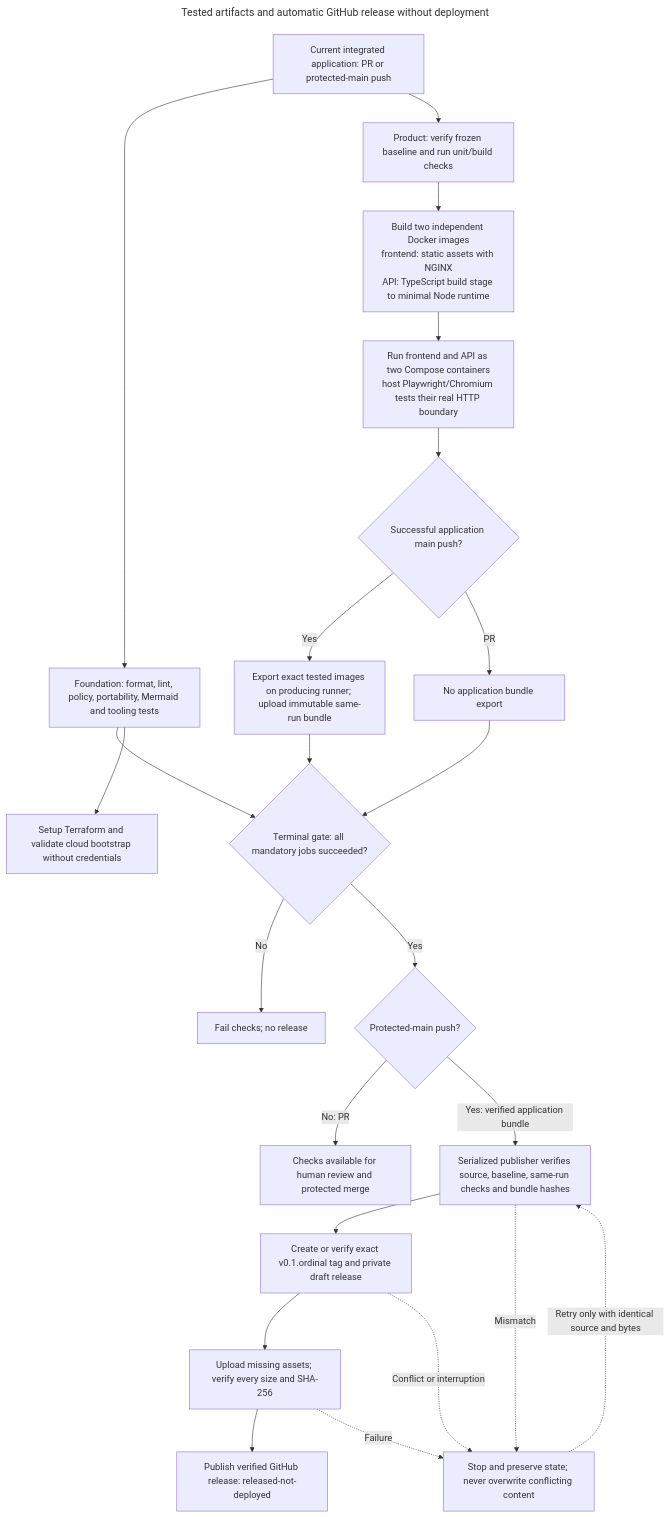
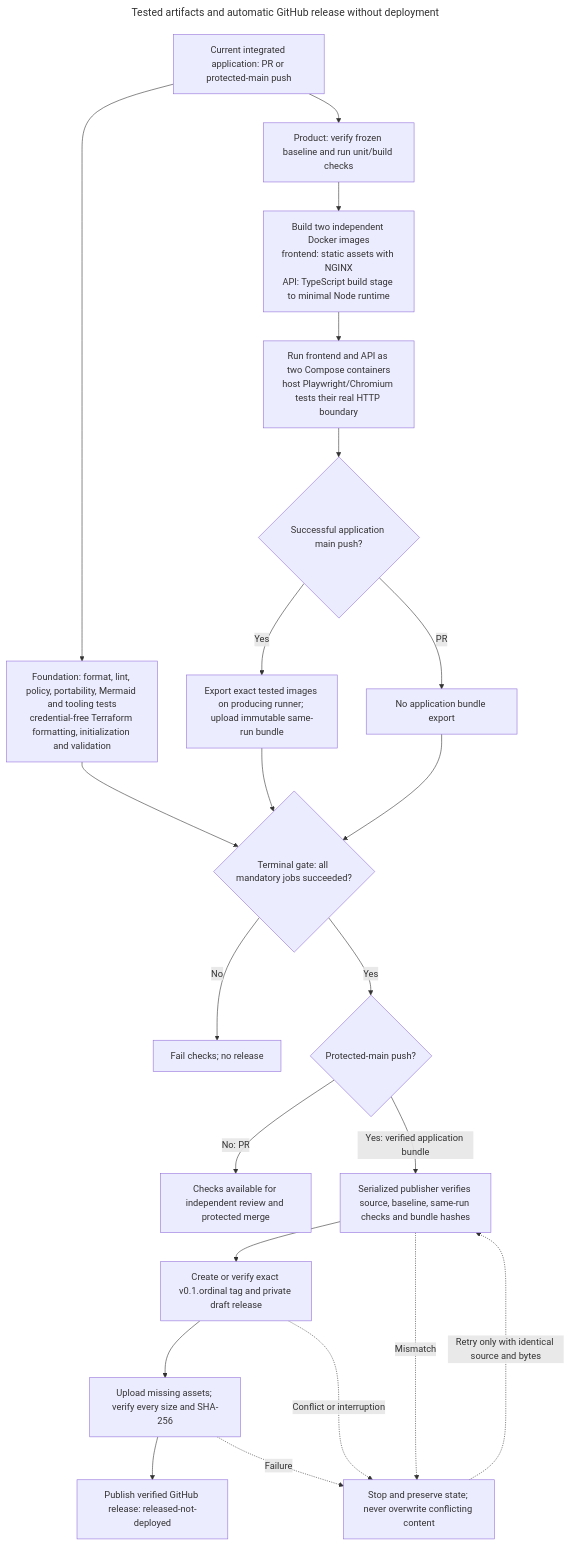
Before and after one commit to brobro10000/mp3-frame-counter: the diagram in docs/architecture/diagrams/release.mmd, drawn with Mermaid. The commit also changed 1 other file, not shown here.

Commit message:
docs(ci): keep Terraform validation inside the mandatory foundation gate

```diff
--- a/docs/architecture/diagrams/release.mmd
+++ b/docs/architecture/diagrams/release.mmd
@@ -1,49 +1,50 @@
 ---
 title: Tested artifacts and automatic GitHub release without deployment
 query: >-
   Show the implemented CI and release-only flow. Distinguish PR validation from
   protected-main publication, parallel foundation/product checks from the
   terminal control-plane gate, and the same-run exact tested image export from
   publication. Include frozen baseline verification, complete acceptance,
   immutable artifact/provenance checks, version/tag identity, draft asset
   verification and safe identical retries. Do not add deployment, registry push,
   provider provisioning or production approval; those are absent from the
   current release implementation. For the current integrated application, show
   independent Docker image builds, the two running Compose containers and host
   acceptance processes, then export of those exact tested images. Images and
   archives are artifacts, not extra running services. Earlier source-only phases
   have a separate foundation-delivery path outside this view.
+  Foundation includes credential-free Terraform formatting, initialization and
+  validation; keep these checks inside its mandatory gate, with no cloud apply.
 references:
   - 'File: /.github/workflows/ci.yml'
   - 'File: /scripts/run-ci-phase.mjs'
   - 'File: /scripts/ci-gate.mjs'
   - 'File: /scripts/publish-release-bundle.mjs'
   - 'File: /scripts/prepare-release.mjs'
   - 'File: /scripts/publish-release.mjs'
   - 'File: /scripts/publish-release-evidence.mjs'
   - 'File: /scripts/release-manifest.mjs'
 generationTime: '2026-10-10T06:55:37.214Z'
 ---
 flowchart TD
-    EVENT["Current integrated application: PR or protected-main push"] --> F["Foundation: format, lint, policy, portability, Mermaid and tooling tests"]
+    EVENT["Current integrated application: PR or protected-main push"] --> F["Foundation: format, lint, policy, portability, Mermaid and tooling tests<br/>credential-free Terraform formatting, initialization and validation"]
     EVENT --> P["Product: verify frozen baseline and run unit/build checks"]
     P --> BUILD["Build two independent Docker images<br/>frontend: static assets with NGINX<br/>API: TypeScript build stage to minimal Node runtime"]
     BUILD --> TEST["Run frontend and API as two Compose containers<br/>host Playwright/Chromium tests their real HTTP boundary"]
     TEST --> KIND{"Successful application main push?"}
     KIND -->|"Yes"| B["Export exact tested images on producing runner; upload immutable same-run bundle"]
     KIND -->|"PR"| RESULT["No application bundle export"]
     F --> G{"Terminal gate: all mandatory jobs succeeded?"}
     B --> G
     RESULT --> G
     G -->|"No"| STOP["Fail checks; no release"]
     G -->|"Yes"| MAIN{"Protected-main push?"}
-    MAIN -->|"No: PR"| REVIEW["Checks available for human review and protected merge"]
+    MAIN -->|"No: PR"| REVIEW["Checks available for independent review and protected merge"]
     MAIN -->|"Yes: verified application bundle"| VERIFY["Serialized publisher verifies source, baseline, same-run checks and bundle hashes"]
     VERIFY --> DRAFT["Create or verify exact v0.1.ordinal tag and private draft release"]
     DRAFT --> ASSETS["Upload missing assets; verify every size and SHA-256"]
     ASSETS --> RELEASE["Publish verified GitHub release: released-not-deployed"]
     VERIFY -.->|"Mismatch"| FAIL["Stop and preserve state; never overwrite conflicting content"]
     DRAFT -.->|"Conflict or interruption"| FAIL
     ASSETS -.->|"Failure"| FAIL
     FAIL -.->|"Retry only with identical source and bytes"| VERIFY
-    F --> TF["Setup Terraform and validate cloud bootstrap without credentials"]
```
